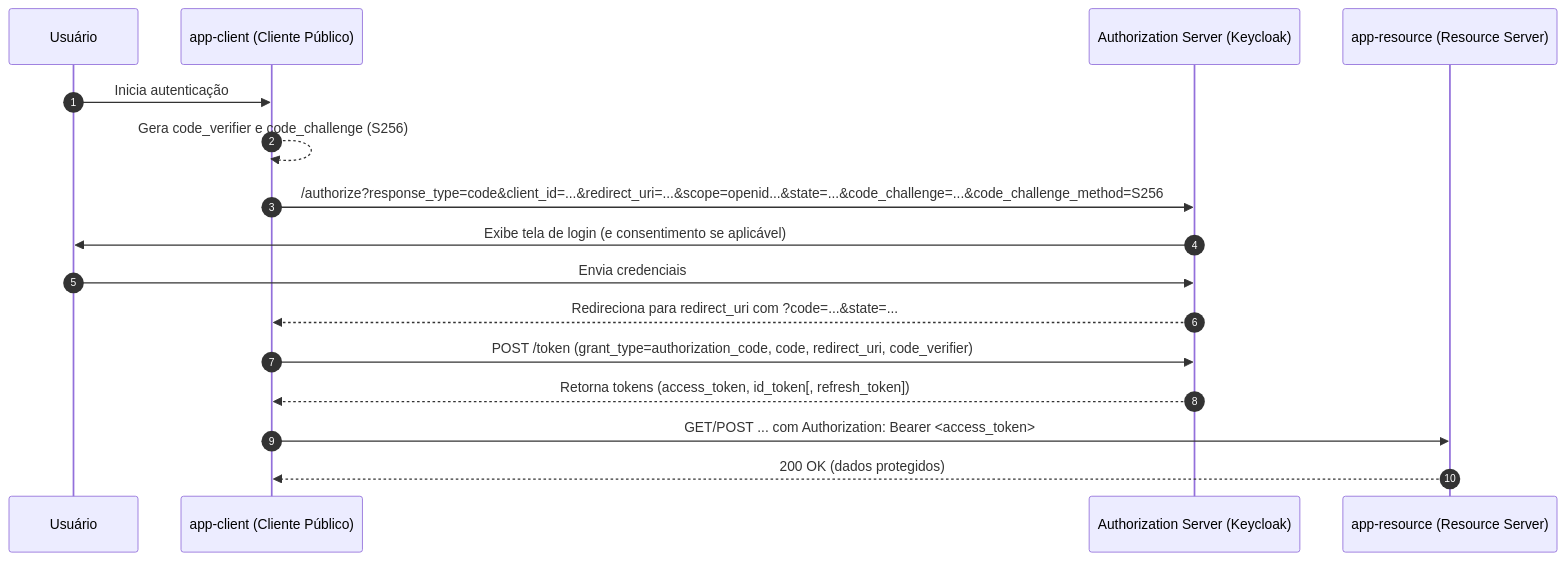
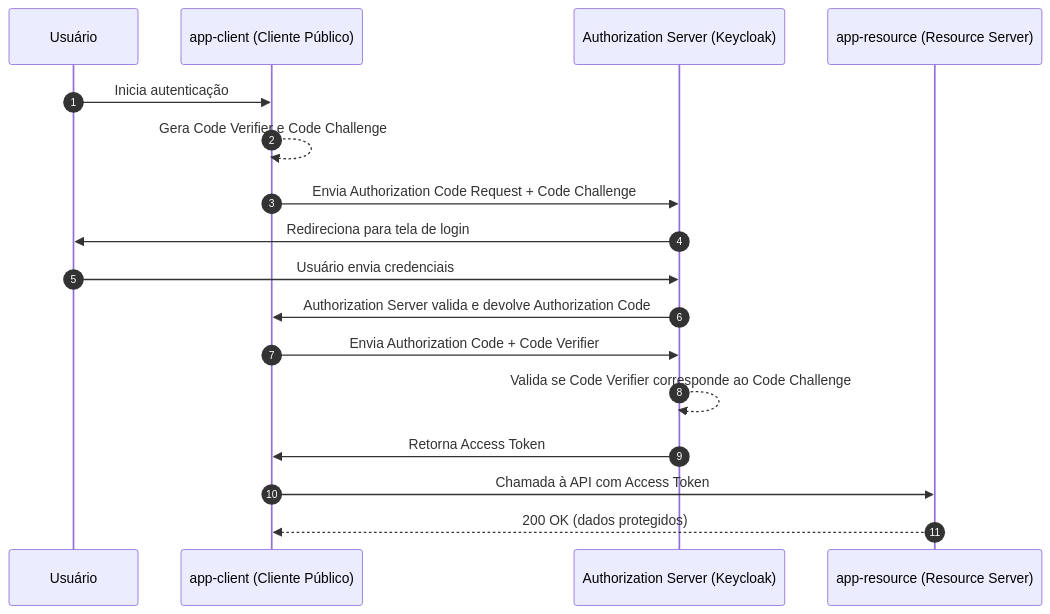
Before and after one commit to ramiralvesmelo/code-flow-pkce: the diagram in README.md, drawn with Mermaid.

````diff
--- a/README.md
+++ b/README.md
@@ -17,19 +17,20 @@
 ```mermaid
 sequenceDiagram
   autonumber
   participant U as Usuário
   participant C as app-client (Cliente Público)
   participant AS as Authorization Server (Keycloak)
   participant R as app-resource (Resource Server)
 
   U->>C: Inicia autenticação
-  C-->>C: Gera code_verifier e code_challenge (S256)
-  C->>AS: /authorize?response_type=code&client_id=...&redirect_uri=...&scope=openid...&state=...&code_challenge=...&code_challenge_method=S256
-  AS->>U: Exibe tela de login (e consentimento se aplicável)
-  U->>AS: Envia credenciais
-  AS-->>C: Redireciona para redirect_uri com ?code=...&state=...
-  C->>AS: POST /token (grant_type=authorization_code, code, redirect_uri, code_verifier)
-  AS-->>C: Retorna tokens (access_token, id_token[, refresh_token])
-  C->>R: GET/POST ... com Authorization: Bearer <access_token>
+  C-->>C: Gera Code Verifier e Code Challenge
+  C->>AS: Envia Authorization Code Request + Code Challenge
+  AS->>U: Redireciona para tela de login
+  U->>AS: Usuário envia credenciais
+  AS->>C: Authorization Server valida e devolve Authorization Code
+  C->>AS: Envia Authorization Code + Code Verifier
+  AS-->>AS: Valida se Code Verifier corresponde ao Code Challenge
+  AS->>C: Retorna Access Token
+  C->>R: Chamada à API com Access Token
   R-->>C: 200 OK (dados protegidos)
 ```
````
